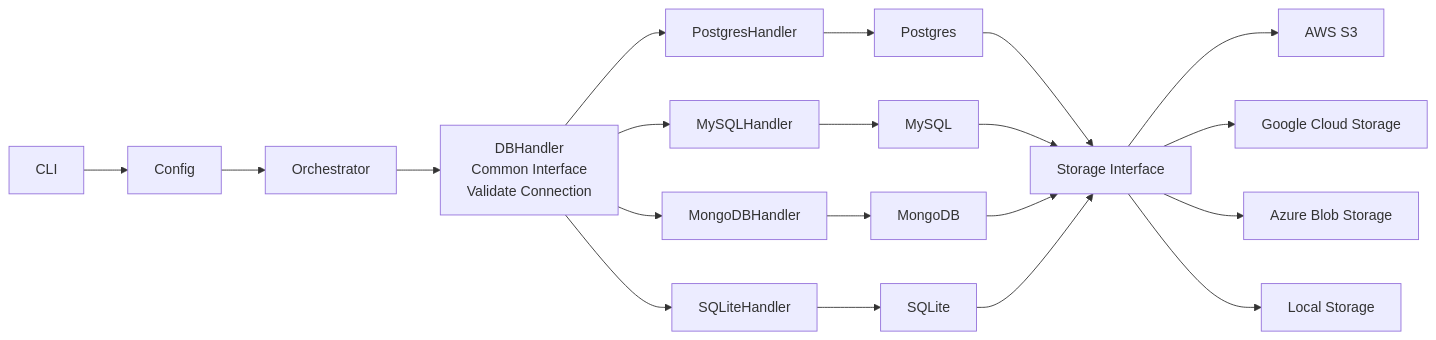
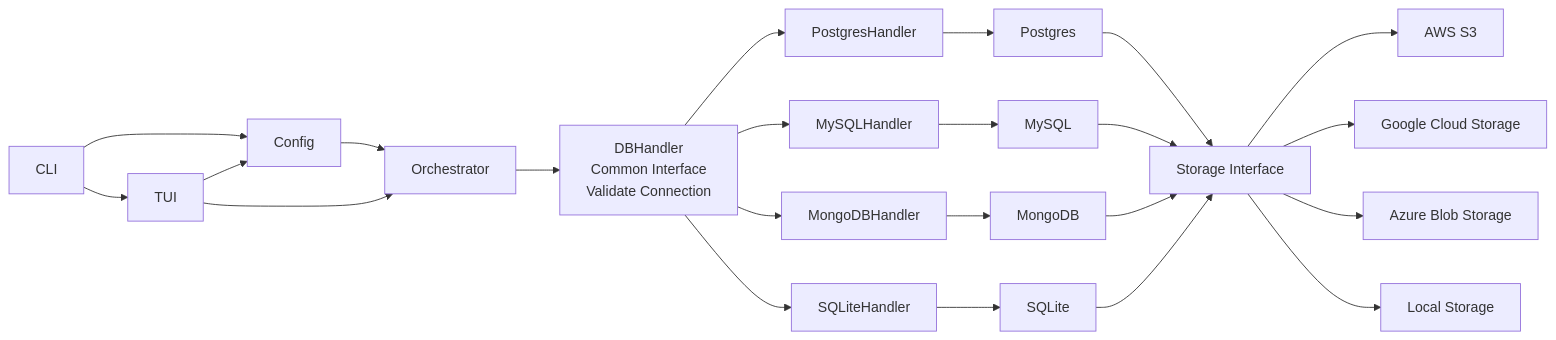
The diagram in IMPLEMENTATION.md (drumilbhati/BackupDB), drawn with Mermaid before and after one commit. The commit also changed other lines of this file and 4 other files, not shown here.

````diff
--- a/IMPLEMENTATION.md
+++ b/IMPLEMENTATION.md
@@ -9,26 +9,29 @@
 ```mermaid
 flowchart LR
   CLI[CLI] --> Config[Config]
+  CLI --> TUI[TUI]
+  TUI --> Config
+  TUI --> Orchestrator
   Config --> Orchestrator[Orchestrator]
   Orchestrator --> DBHandler[DBHandler\nCommon Interface\nValidate Connection]
 
   DBHandler --> PostgresHandler[PostgresHandler]
   DBHandler --> MySQLHandler[MySQLHandler]
   DBHandler --> MongoDBHandler[MongoDBHandler]
   DBHandler --> SQLiteHandler[SQLiteHandler]
 
   PostgresHandler --> Postgres[Postgres]
   MySQLHandler --> MySQL[MySQL]
   MongoDBHandler --> MongoDB[MongoDB]
   SQLiteHandler --> SQLite[SQLite]
 
   Postgres --> StorageInterface[Storage Interface]
   MySQL --> StorageInterface
   MongoDB --> StorageInterface
   SQLite --> StorageInterface
 
   StorageInterface --> S3[AWS S3]
   StorageInterface --> GCS[Google Cloud Storage]
   StorageInterface --> Azure[Azure Blob Storage]
   StorageInterface --> Local[Local Storage]
 ```
````
